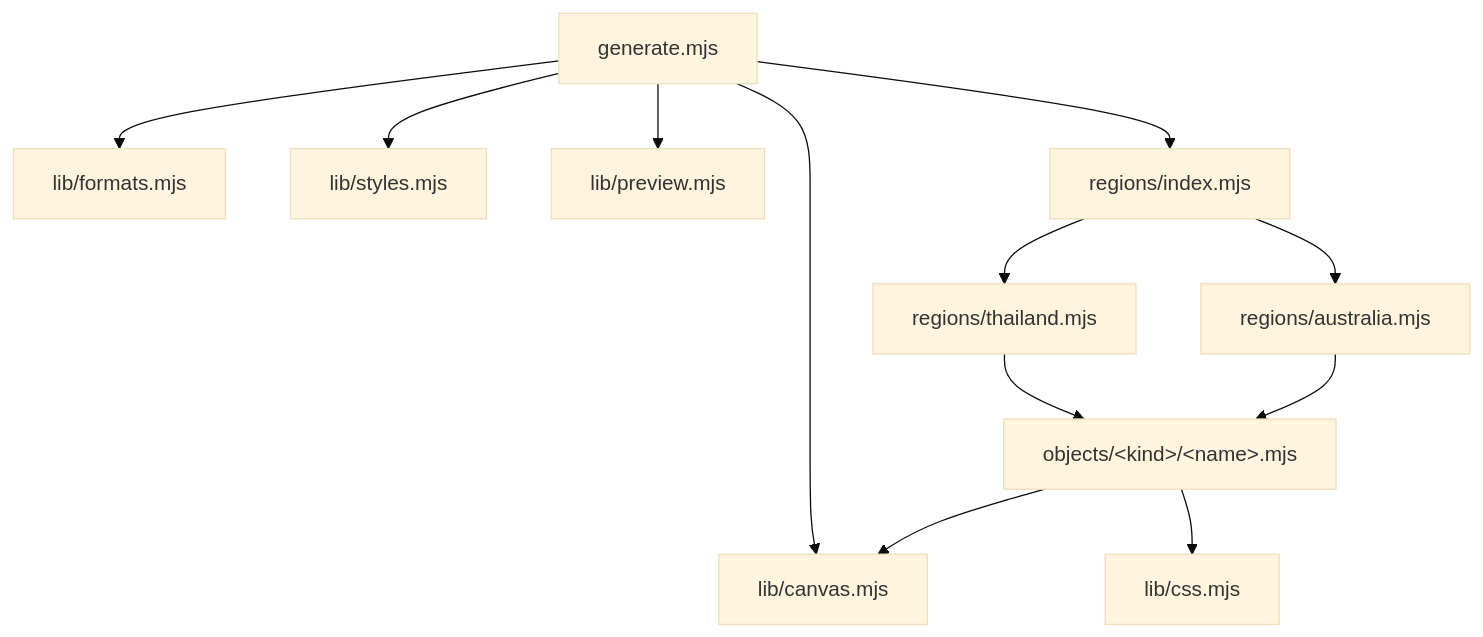
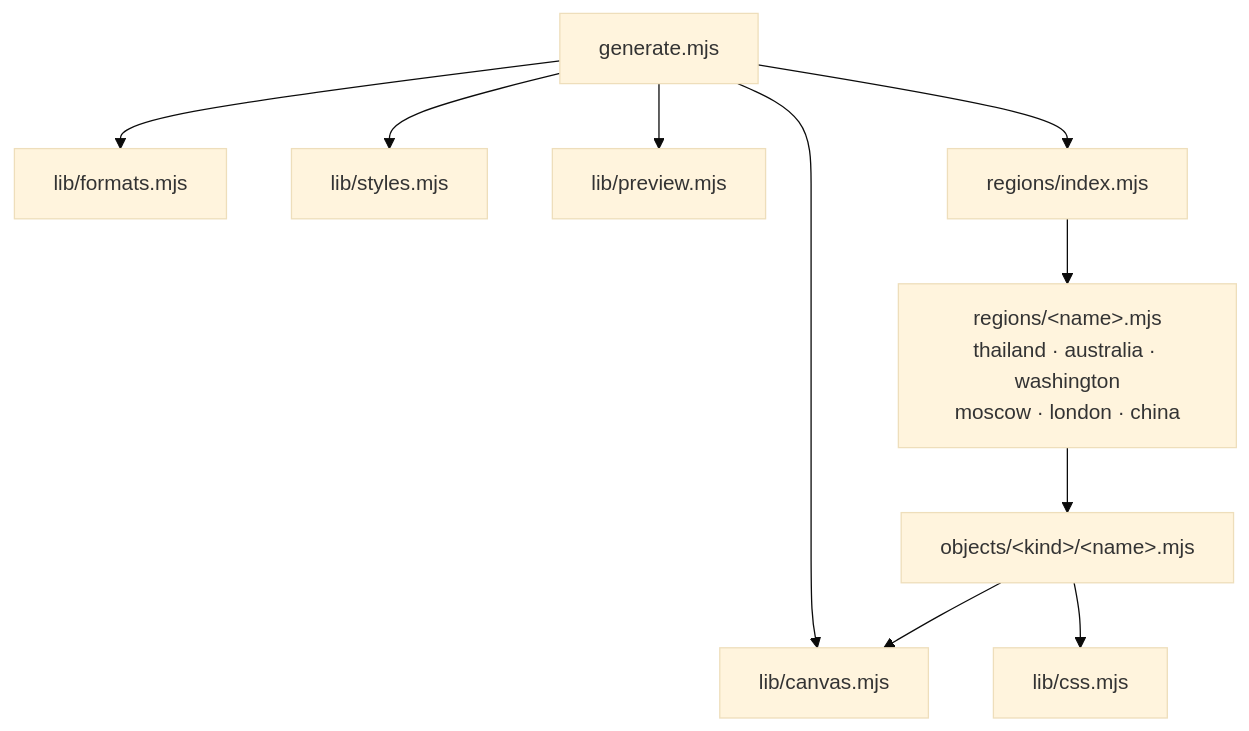
Before and after one commit to recferret-bit/tokengaroo: the second of 2 diagrams in docs/architecture.md, drawn with Mermaid (base theme). The commit also changed other lines of this file and 84 other files, not shown here.

````diff
--- a/docs/architecture.md
+++ b/docs/architecture.md
@@ -23,13 +23,12 @@
 ```mermaid
 flowchart TD
   gen[generate.mjs] --> canvas[lib/canvas.mjs]
   gen --> formats[lib/formats.mjs]
   gen --> styles[lib/styles.mjs]
   gen --> preview[lib/preview.mjs]
   gen --> rindex[regions/index.mjs]
-  rindex --> th[regions/thailand.mjs]
-  rindex --> au[regions/australia.mjs]
-  th & au --> objs["objects/&lt;kind&gt;/&lt;name&gt;.mjs"]
+  rindex --> regs["regions/&lt;name&gt;.mjs<br/>thailand · australia · washington<br/>moscow · london · china"]
+  regs --> objs["objects/&lt;kind&gt;/&lt;name&gt;.mjs"]
   objs --> canvas
   objs --> css[lib/css.mjs]
 ```
````
